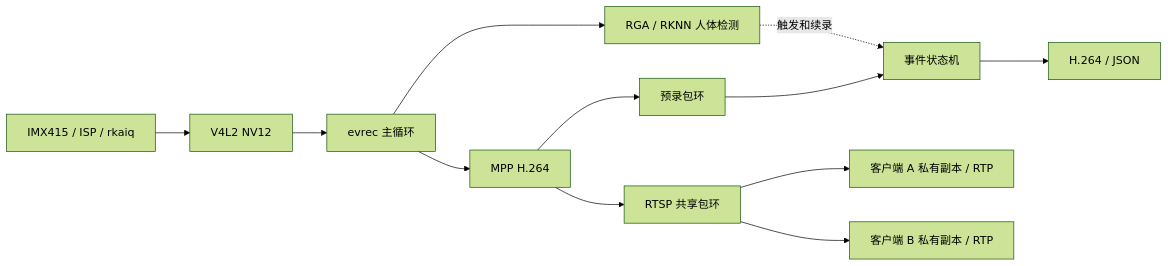
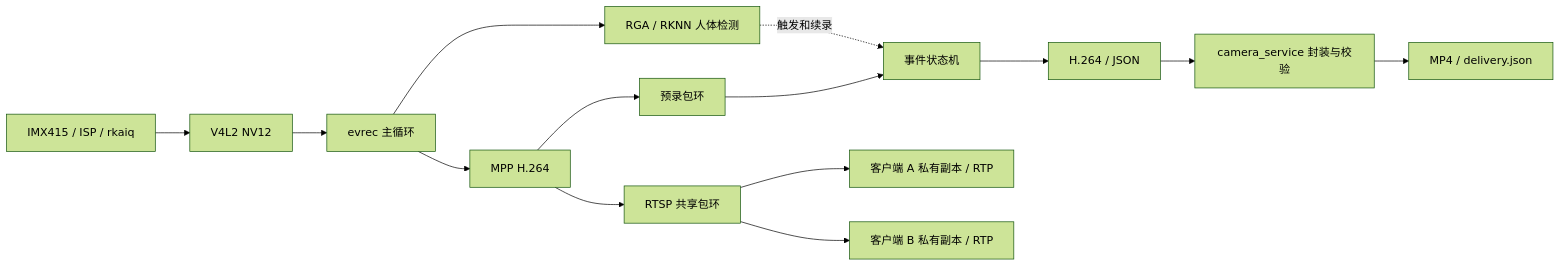
One commit to Ericsunny/rk3568-camera-driver changed the diagram in docs/overview/final-system.md. Above: the diagram before and after it, drawn with Mermaid (forest theme). The commit also changed other lines of this file and 230 other files, not shown here.

````diff
--- a/docs/overview/final-system.md
+++ b/docs/overview/final-system.md
@@ -27,14 +29,16 @@
 ```mermaid
 flowchart LR
     S[IMX415 / ISP / rkaiq] --> V[V4L2 NV12]
     V --> M[evrec 主循环]
     M --> D[RGA / RKNN 人体检测]
     D -.触发和续录.-> E[事件状态机]
     M --> C[MPP H.264]
     C --> R[预录包环]
     R --> E
     E --> F[H.264 / JSON]
+    F --> P[camera_service 封装与校验]
+    P --> O[MP4 / delivery.json]
     C --> H[RTSP 共享包环]
     H --> A[客户端 A 私有副本 / RTP]
     H --> B[客户端 B 私有副本 / RTP]
 ```
````
